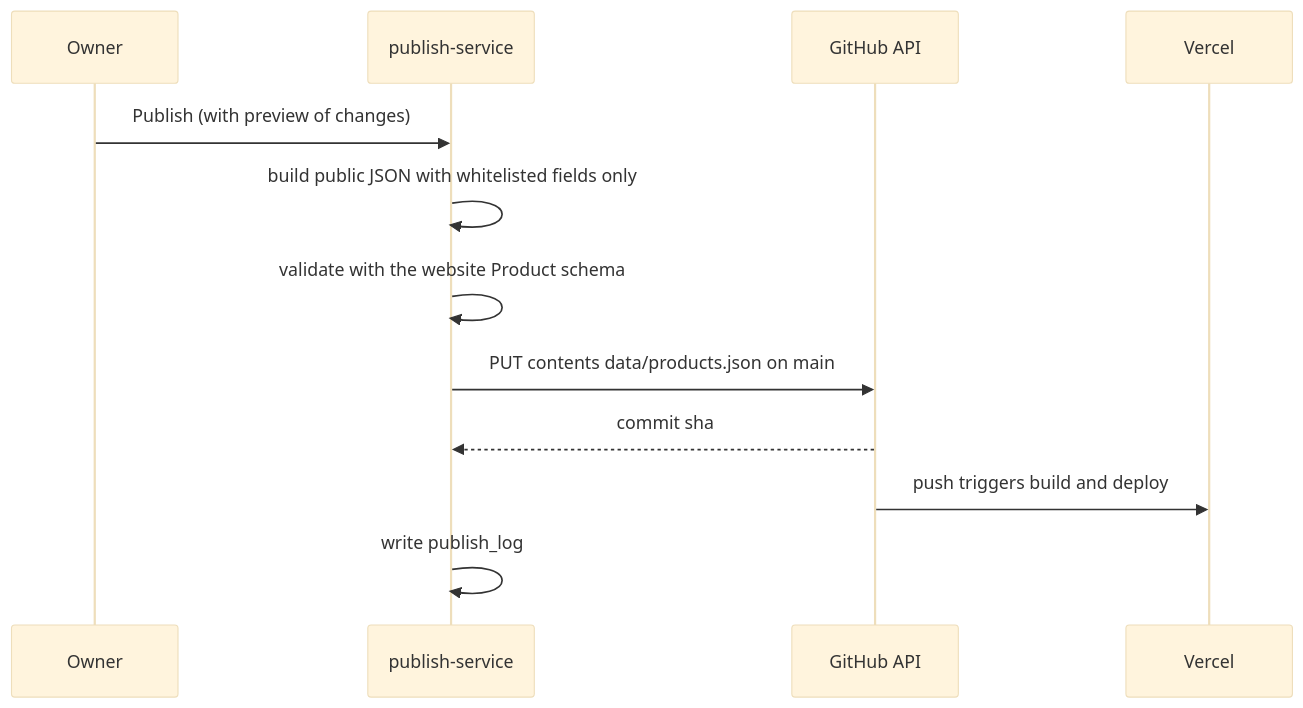
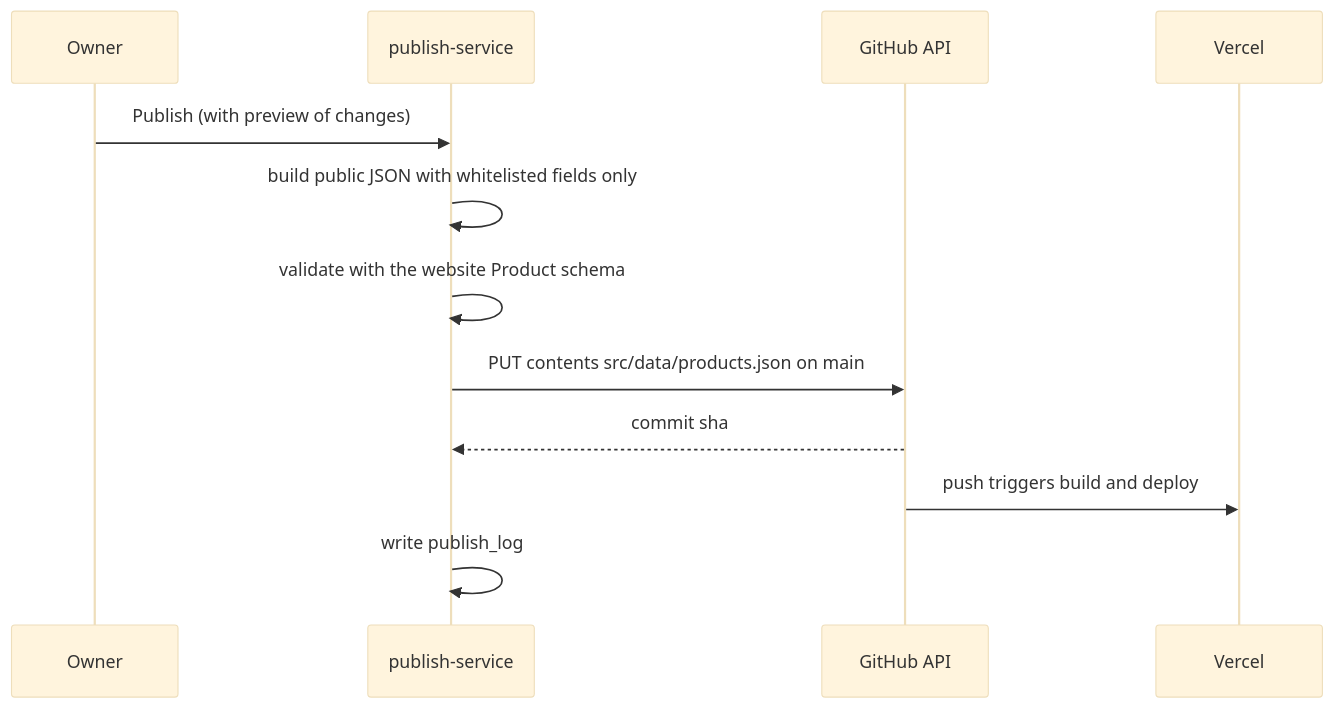
The fourth of 4 diagrams in docs/ARCHITECTURE.md (shubhamdsk/shree-balaji-paints-plywood-hardware), drawn with Mermaid (base theme) before and after one commit. The commit also changed other lines of this file and 108 other files, not shown here.

````diff
--- a/docs/ARCHITECTURE.md
+++ b/docs/ARCHITECTURE.md
@@ -222,14 +224,14 @@
 ```mermaid
 sequenceDiagram
   participant O as Owner
   participant PS as publish-service
   participant GH as GitHub API
   participant V as Vercel
   O->>PS: Publish (with preview of changes)
   PS->>PS: build public JSON with whitelisted fields only
   PS->>PS: validate with the website Product schema
-  PS->>GH: PUT contents data/products.json on main
+  PS->>GH: PUT contents src/data/products.json on main
   GH-->>PS: commit sha
   GH->>V: push triggers build and deploy
   PS->>PS: write publish_log
 ```
````
